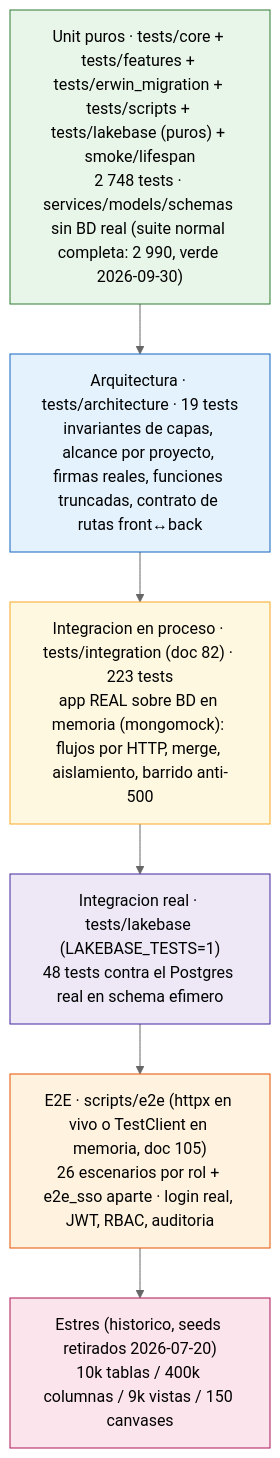
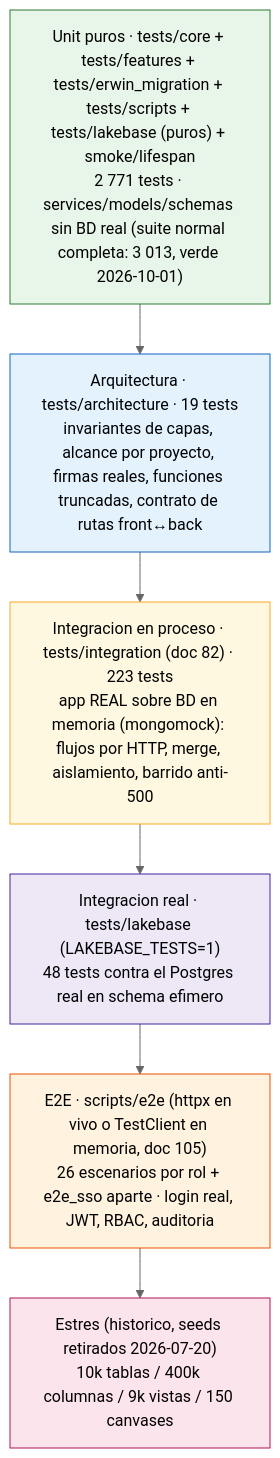
The first of 6 diagrams in doc/testing.md (Carlosmps97/backend-data-model-hub), drawn with Mermaid (neutral theme) before and after one commit. The commit also changed other lines of this file and 14 other files, not shown here.

````diff
--- a/doc/testing.md
+++ b/doc/testing.md
@@ -21,18 +21,18 @@
 ```mermaid
 flowchart TD
     A["Estres (historico, seeds retirados 2026-07-20)<br/>10k tablas / 400k columnas / 9k vistas / 150 canvases"]
     B["E2E · scripts/e2e (httpx en vivo o TestClient en memoria, doc 105)<br/>26 escenarios por rol + e2e_sso aparte · login real, JWT, RBAC, auditoria"]
     L["Integracion real · tests/lakebase (LAKEBASE_TESTS=1)<br/>48 tests contra el Postgres real en schema efimero"]
     I["Integracion en proceso · tests/integration (doc 82) · 223 tests<br/>app REAL sobre BD en memoria (mongomock): flujos por HTTP, merge, aislamiento, barrido anti-500"]
     C["Arquitectura · tests/architecture · 19 tests<br/>invariantes de capas, alcance por proyecto, firmas reales, funciones truncadas, contrato de rutas front↔back"]
-    D["Unit puros · tests/core + tests/features + tests/erwin_migration + tests/scripts + tests/lakebase (puros) + smoke/lifespan<br/>2 748 tests · services/models/schemas sin BD real (suite normal completa: 2 990, verde 2026-09-30)"]
+    D["Unit puros · tests/core + tests/features + tests/erwin_migration + tests/scripts + tests/lakebase (puros) + smoke/lifespan<br/>2 771 tests · services/models/schemas sin BD real (suite normal completa: 3 013, verde 2026-10-01)"]
 
     D --> C --> I --> L --> B --> A
 
     style D fill:#e8f5e9,stroke:#2e7d32
     style C fill:#e3f2fd,stroke:#1565c0
     style I fill:#fff8e1,stroke:#f9a825
     style L fill:#ede7f6,stroke:#4527a0
     style B fill:#fff3e0,stroke:#e65100
     style A fill:#fce4ec,stroke:#ad1457
 ```
````
